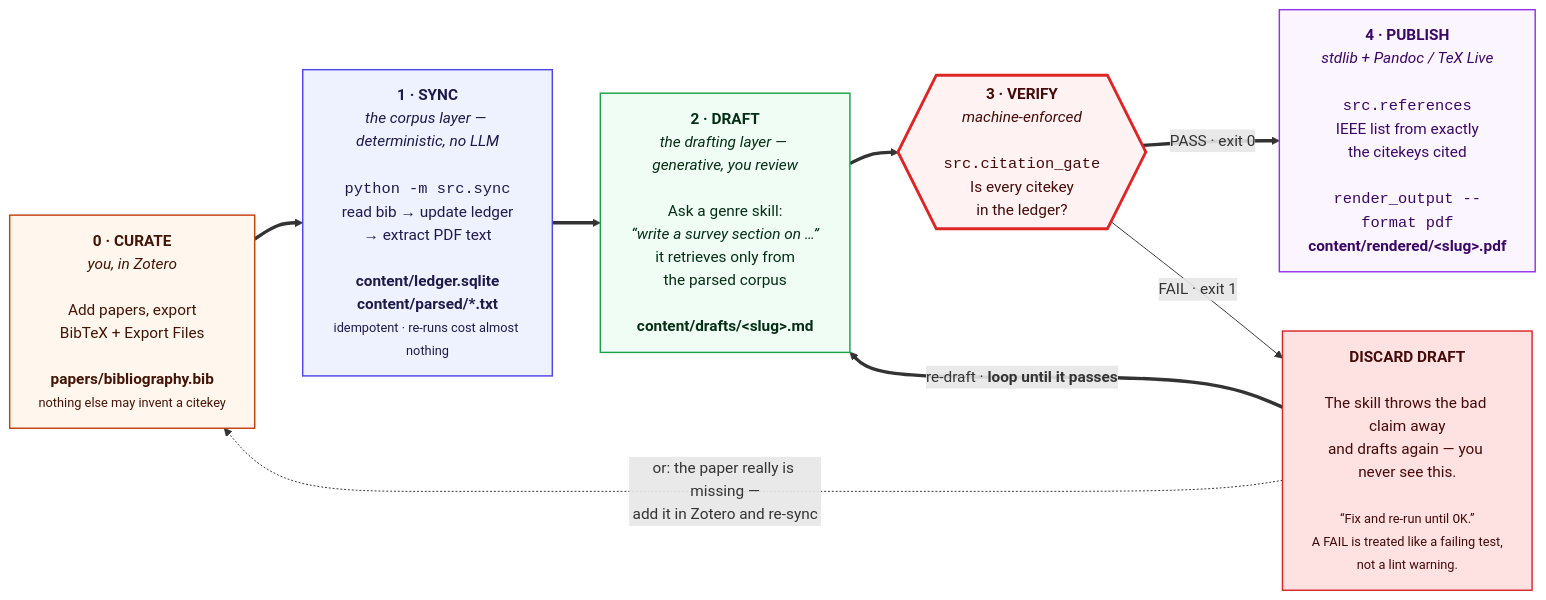
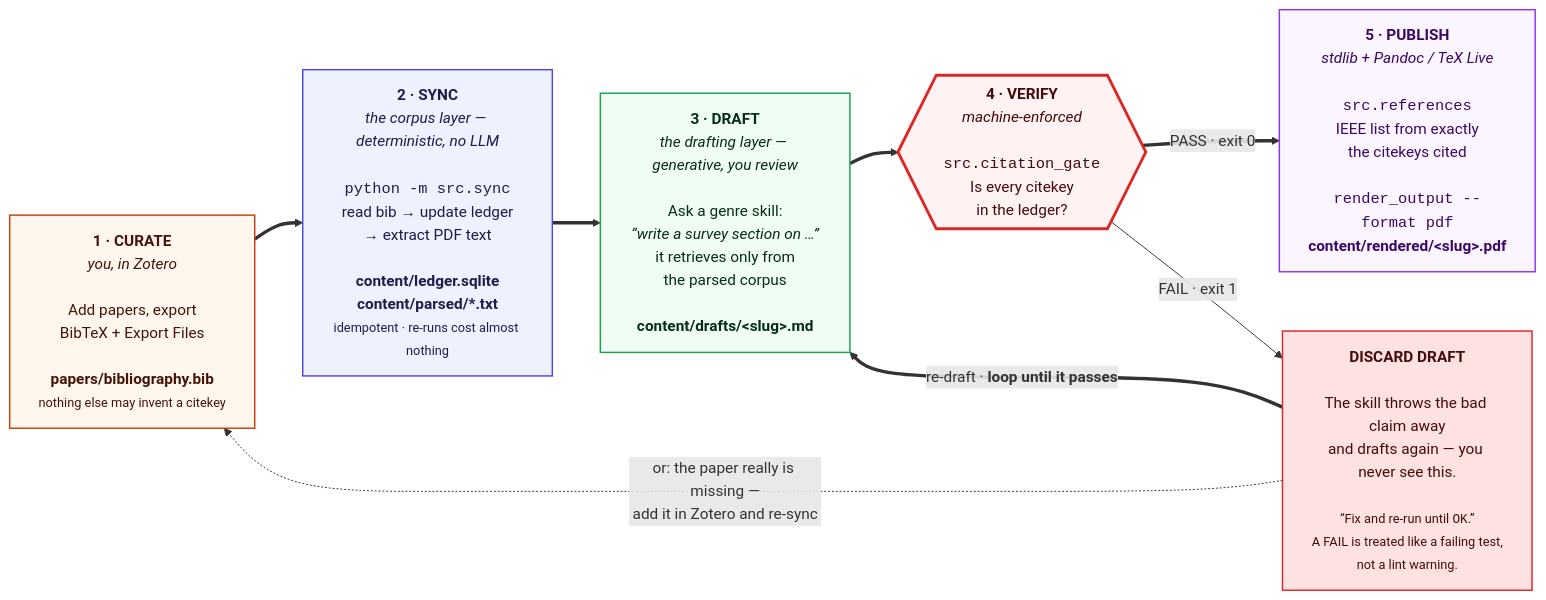
The first of 11 diagrams in docs/DIAGRAMS.md (prasadtalasila/chitragupta), drawn with Mermaid before and after one commit. The commit also changed other lines of this file and 55 other files, not shown here.

First line of the commit message:
Give the review aids a layer, a shared per-draft output contract, and two new reports (#125)

````diff
--- a/docs/DIAGRAMS.md
+++ b/docs/DIAGRAMS.md
@@ -60,35 +60,35 @@
 ```mermaid
 flowchart LR
 
-  P0["<b>0 · CURATE</b><br/><i>you, in Zotero</i><br/><br/>Add papers, export<br/>BibTeX + Export Files<br/><br/><b>papers/bibliography.bib</b><br/><small>nothing else may invent a citekey</small>"]
+  P0["<b>1 · CURATE</b><br/><i>you, in Zotero</i><br/><br/>Add papers, export<br/>BibTeX + Export Files<br/><br/><b>papers/bibliography.bib</b><br/><small>nothing else may invent a citekey</small>"]
 
-  P1["<b>1 · SYNC</b><br/><i>the corpus layer — deterministic, no LLM</i><br/><br/><code>python -m src.sync</code><br/>read bib → update ledger<br/>→ extract PDF text<br/><br/><b>content/ledger.sqlite</b><br/><b>content/parsed/*.txt</b><br/><small>idempotent · re-runs cost almost nothing</small>"]
+  P1["<b>2 · SYNC</b><br/><i>the corpus layer — deterministic, no LLM</i><br/><br/><code>python -m src.sync</code><br/>read bib → update ledger<br/>→ extract PDF text<br/><br/><b>content/ledger.sqlite</b><br/><b>content/parsed/*.txt</b><br/><small>idempotent · re-runs cost almost nothing</small>"]
 
-  P2["<b>2 · DRAFT</b><br/><i>the drafting layer — generative, you review</i><br/><br/>Ask a genre skill:<br/><i>“write a survey section on …”</i><br/>it retrieves only from<br/>the parsed corpus<br/><br/><b>content/drafts/&lt;slug&gt;.md</b>"]
+  P2["<b>3 · DRAFT</b><br/><i>the drafting layer — generative, you review</i><br/><br/>Ask a genre skill:<br/><i>“write a survey section on …”</i><br/>it retrieves only from<br/>the parsed corpus<br/><br/><b>content/drafts/&lt;slug&gt;.md</b>"]
 
-  P3{{"<b>3 · VERIFY</b><br/><i>machine-enforced</i><br/><br/><code>src.citation_gate</code><br/>Is every citekey<br/>in the ledger?"}}
+  P3{{"<b>4 · VERIFY</b><br/><i>machine-enforced</i><br/><br/><code>src.citation_gate</code><br/>Is every citekey<br/>in the ledger?"}}
 
-  P4["<b>4 · PUBLISH</b><br/><i>stdlib + Pandoc / TeX Live</i><br/><br/><code>src.references</code><br/>IEEE list from exactly<br/>the citekeys cited<br/><br/><code>render_output --format pdf</code><br/><b>content/rendered/&lt;slug&gt;.pdf</b>"]
+  P4["<b>5 · PUBLISH</b><br/><i>stdlib + Pandoc / TeX Live</i><br/><br/><code>src.references</code><br/>IEEE list from exactly<br/>the citekeys cited<br/><br/><code>render_output --format pdf</code><br/><b>content/rendered/&lt;slug&gt;.pdf</b>"]
 
   FIX["<b>DISCARD DRAFT</b><br/><br/>The skill throws the bad claim away<br/>and drafts again — you never see this.<br/><br/><small>“Fix and re-run until <code>OK</code>.”<br/>A FAIL is treated like a failing test,<br/>not a lint warning.</small>"]
 
   P0 ==> P1 ==> P2 ==> P3
   P3 == "PASS · exit 0" ==> P4
   P3 -- "FAIL · exit 1" --> FIX
   FIX == "re-draft · <b>loop until it passes</b>" ==> P2
   FIX -. "or: the paper really is missing —<br/>add it in Zotero and re-sync" .-> P0
 
   classDef you fill:#fff7ed,stroke:#c2410c,stroke-width:1.5px,color:#431407
   classDef det fill:#eef2ff,stroke:#4f46e5,stroke-width:1.5px,color:#1e1b4b
   classDef gen fill:#f0fdf4,stroke:#16a34a,stroke-width:1.5px,color:#052e16
   classDef gate fill:#fef2f2,stroke:#dc2626,stroke-width:3px,color:#450a0a
   classDef out fill:#faf5ff,stroke:#9333ea,stroke-width:1.5px,color:#3b0764
   classDef bad fill:#fee2e2,stroke:#dc2626,stroke-width:1.5px,color:#450a0a
 
   class P0 you
   class P1 det
   class P2 gen
   class P3 gate
   class P4 out
   class FIX bad
 ```
````
